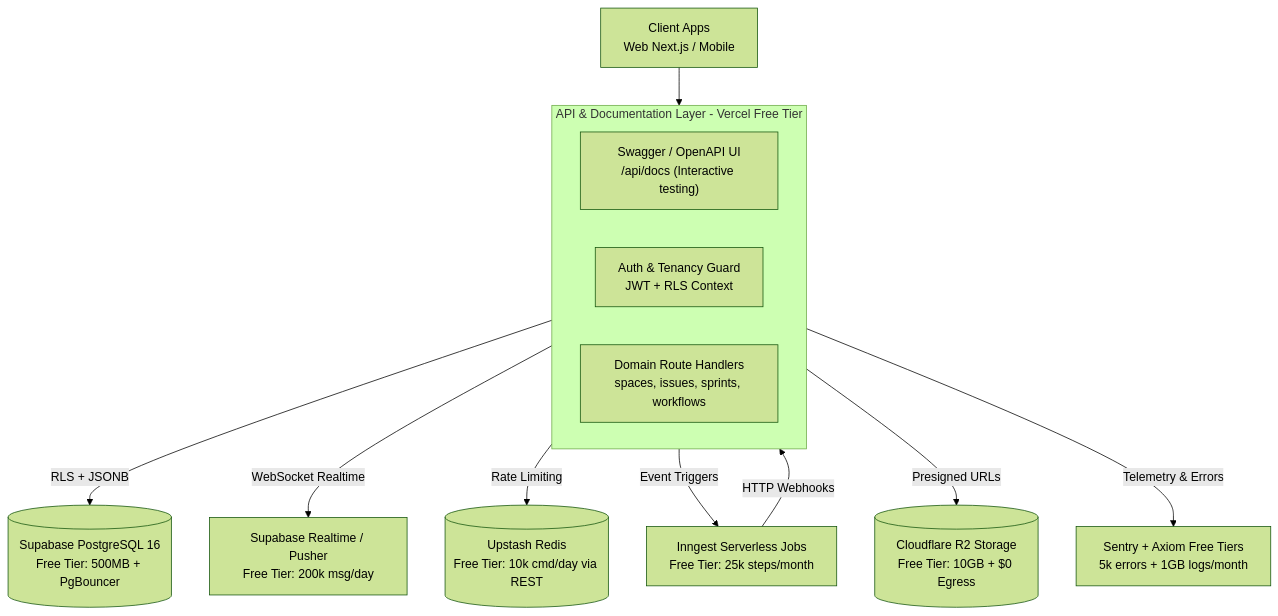
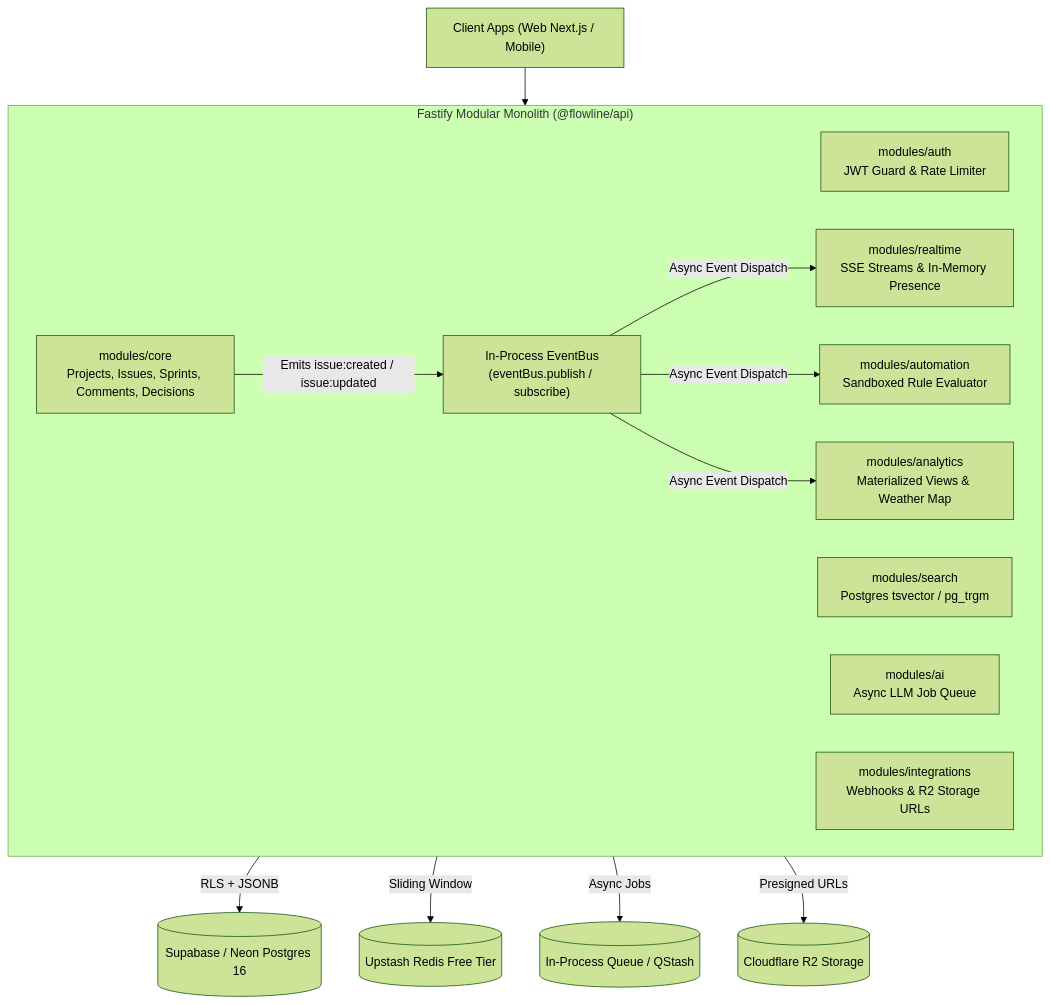
One commit to anirban-629/uniqueprojmang changed the diagram in docs/architecture/backend-architecture.md. Above: the diagram before and after it, drawn with Mermaid (forest theme). The commit also changed other lines of this file and 33 other files, not shown here.

Commit message:
[FEAT](api): implement modular monolith architecture with 8 bounded domains and in-process event bus

````diff
--- a/docs/architecture/backend-architecture.md
+++ b/docs/architecture/backend-architecture.md
@@ -39,19 +49,27 @@
 ```mermaid
 flowchart TD
-    Client[Client Apps<br/>Web Next.js / Mobile] --> Gateway[API & Swagger Gateway<br/>Next.js 15 App Router on Vercel Hobby $0]
+    Client["Client Apps (Web Next.js / Mobile)"] --> API["Fastify Modular Monolith (Port 4000)"]
     
-    subgraph Gateway[API & Documentation Layer - Vercel Free Tier]
-        Swagger["Swagger / OpenAPI UI<br/>/api/docs (Interactive testing)"]
-        AuthGuards["Auth & Tenancy Guard<br/>JWT + RLS Context"]
-        Routes["Domain Route Handlers<br/>spaces, issues, sprints, workflows"]
+    subgraph API["Fastify Modular Monolith (@flowline/api)"]
+        Auth["modules/auth<br/>JWT Guard & Rate Limiter"]
+        Core["modules/core<br/>Projects, Issues, Sprints, Comments, Decisions"]
+        Search["modules/search<br/>Postgres tsvector / pg_trgm"]
+        Realtime["modules/realtime<br/>SSE Streams & In-Memory Presence"]
+        Auto["modules/automation<br/>Sandboxed Rule Evaluator"]
+        AI["modules/ai<br/>Async LLM Job Queue"]
+        Integrations["modules/integrations<br/>Webhooks & R2 Storage URLs"]
+        Analytics["modules/analytics<br/>Materialized Views & Weather Map"]
+        
+        EventBus["In-Process EventBus<br/>(eventBus.publish / subscribe)"]
     end
 
-    Gateway -->|RLS + JSONB| DB[(Supabase PostgreSQL 16<br/>Free Tier: 500MB + PgBouncer)]
-    Gateway -->|WebSocket Realtime| RT[Supabase Realtime / Pusher<br/>Free Tier: 200k msg/day]
-    Gateway -->|Rate Limiting| Cache[(Upstash Redis<br/>Free Tier: 10k cmd/day via REST)]
-    Gateway -->|Event Triggers| Inngest[Inngest Serverless Jobs<br/>Free Tier: 25k steps/month]
-    Gateway -->|Presigned URLs| Storage[(Cloudflare R2 Storage<br/>Free Tier: 10GB + $0 Egress)]
-    Gateway -->|Telemetry & Errors| Obs[Sentry + Axiom Free Tiers<br/>5k errors + 1GB logs/month]
+    Core -->|Emits issue:created / issue:updated| EventBus
+    EventBus -->|Async Event Dispatch| Realtime
+    EventBus -->|Async Event Dispatch| Auto
+    EventBus -->|Async Event Dispatch| Analytics
 
-    Inngest -->|HTTP Webhooks| Gateway
+    API -->|RLS + JSONB| DB[(Supabase / Neon Postgres 16)]
+    API -->|Sliding Window| Cache[(Upstash Redis Free Tier)]
+    API -->|Async Jobs| Queue[(In-Process Queue / QStash)]
+    API -->|Presigned URLs| Storage[(Cloudflare R2 Storage)]
 ```
````
